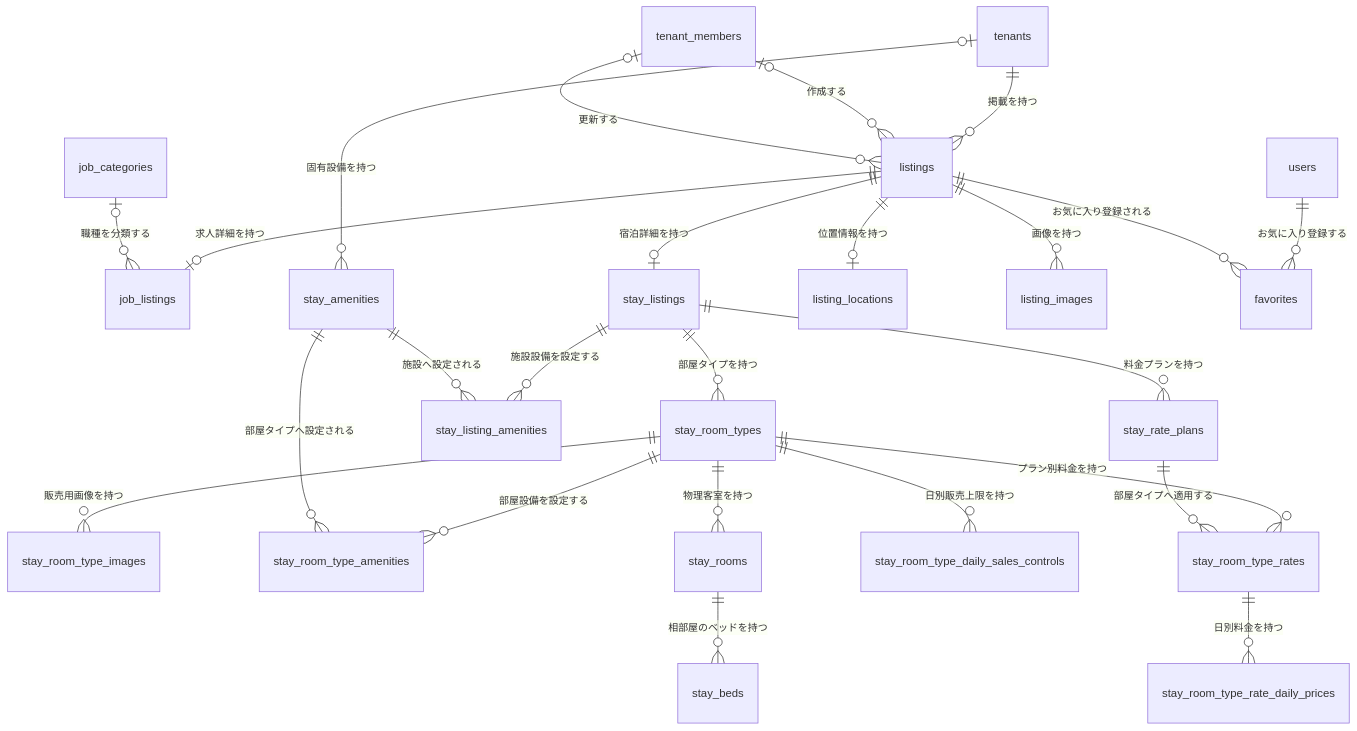
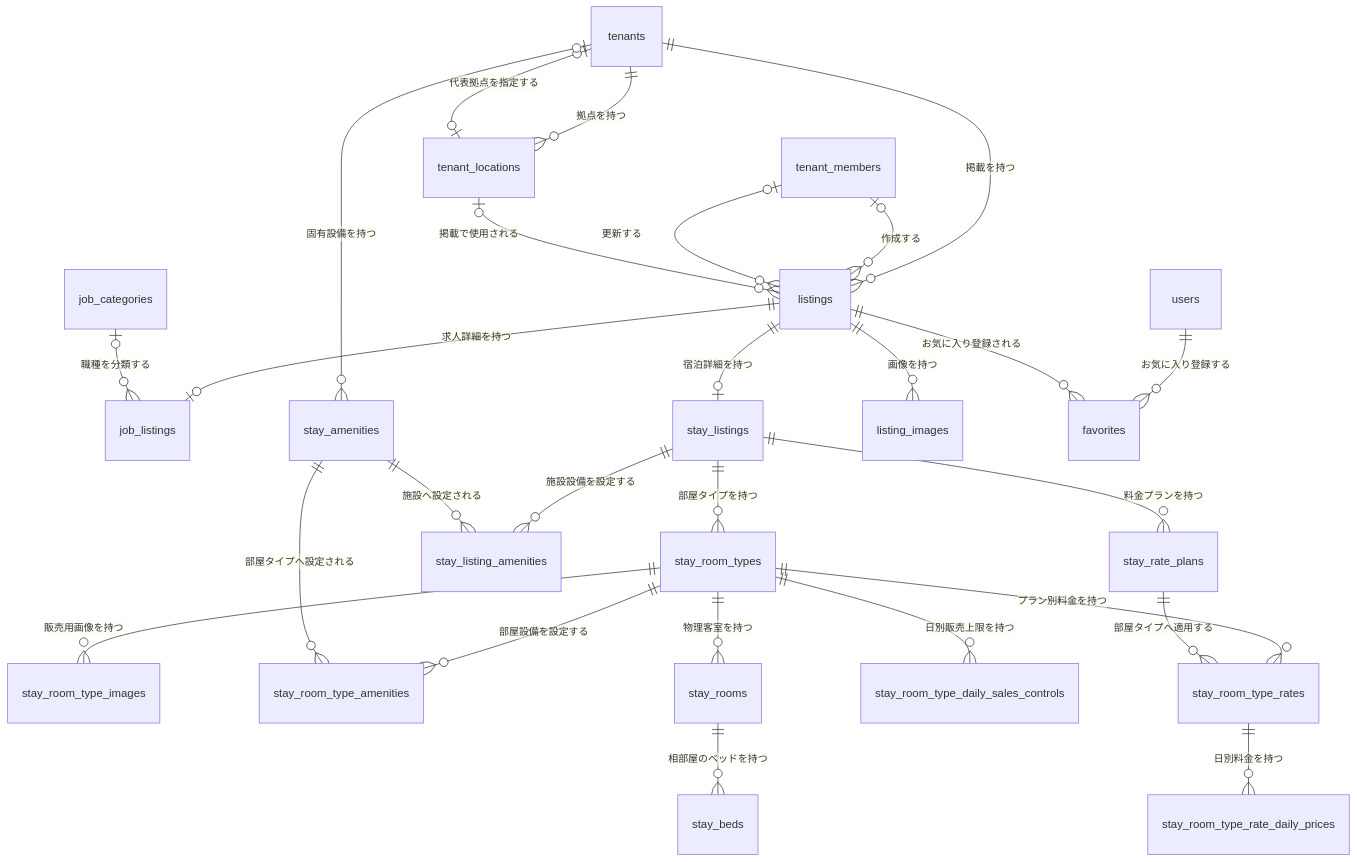
One commit to t0kio2/community-hub changed the first of 5 diagrams in docs/er/01-listing.md. Above: the diagram before and after it, drawn with Mermaid. The commit also changed other lines of this file and 30 other files, not shown here.

````diff
--- a/docs/er/01-listing.md
+++ b/docs/er/01-listing.md
@@ -13,27 +13,29 @@
 ```mermaid
 erDiagram
     tenants ||--o{ listings : "掲載を持つ"
+    tenants ||--o{ tenant_locations : "拠点を持つ"
+    tenants o|--o| tenant_locations : "代表拠点を指定する"
     tenant_members o|--o{ listings : "作成する"
     tenant_members o|--o{ listings : "更新する"
     listings ||--o| job_listings : "求人詳細を持つ"
     job_categories o|--o{ job_listings : "職種を分類する"
     listings ||--o| stay_listings : "宿泊詳細を持つ"
     stay_listings ||--o{ stay_room_types : "部屋タイプを持つ"
     stay_room_types ||--o{ stay_room_type_images : "販売用画像を持つ"
     tenants o|--o{ stay_amenities : "固有設備を持つ"
     stay_listings ||--o{ stay_listing_amenities : "施設設備を設定する"
     stay_amenities ||--o{ stay_listing_amenities : "施設へ設定される"
     stay_room_types ||--o{ stay_room_type_amenities : "部屋設備を設定する"
     stay_amenities ||--o{ stay_room_type_amenities : "部屋タイプへ設定される"
     stay_room_types ||--o{ stay_rooms : "物理客室を持つ"
     stay_rooms ||--o{ stay_beds : "相部屋のベッドを持つ"
     stay_room_types ||--o{ stay_room_type_daily_sales_controls : "日別販売上限を持つ"
     stay_listings ||--o{ stay_rate_plans : "料金プランを持つ"
     stay_room_types ||--o{ stay_room_type_rates : "プラン別料金を持つ"
     stay_rate_plans ||--o{ stay_room_type_rates : "部屋タイプへ適用する"
     stay_room_type_rates ||--o{ stay_room_type_rate_daily_prices : "日別料金を持つ"
-    listings ||--o| listing_locations : "位置情報を持つ"
+    tenant_locations o|--o{ listings : "掲載で使用される"
     listings ||--o{ listing_images : "画像を持つ"
     users ||--o{ favorites : "お気に入り登録する"
     listings ||--o{ favorites : "お気に入り登録される"
 ```
````
